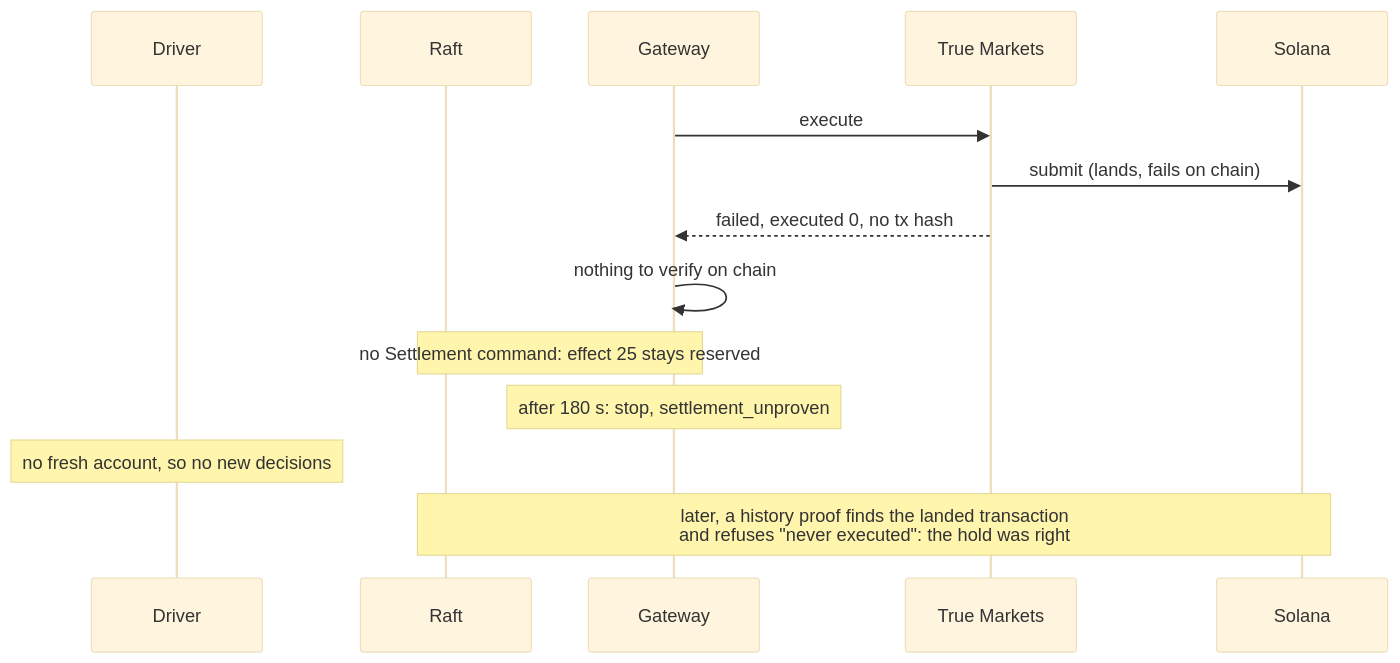
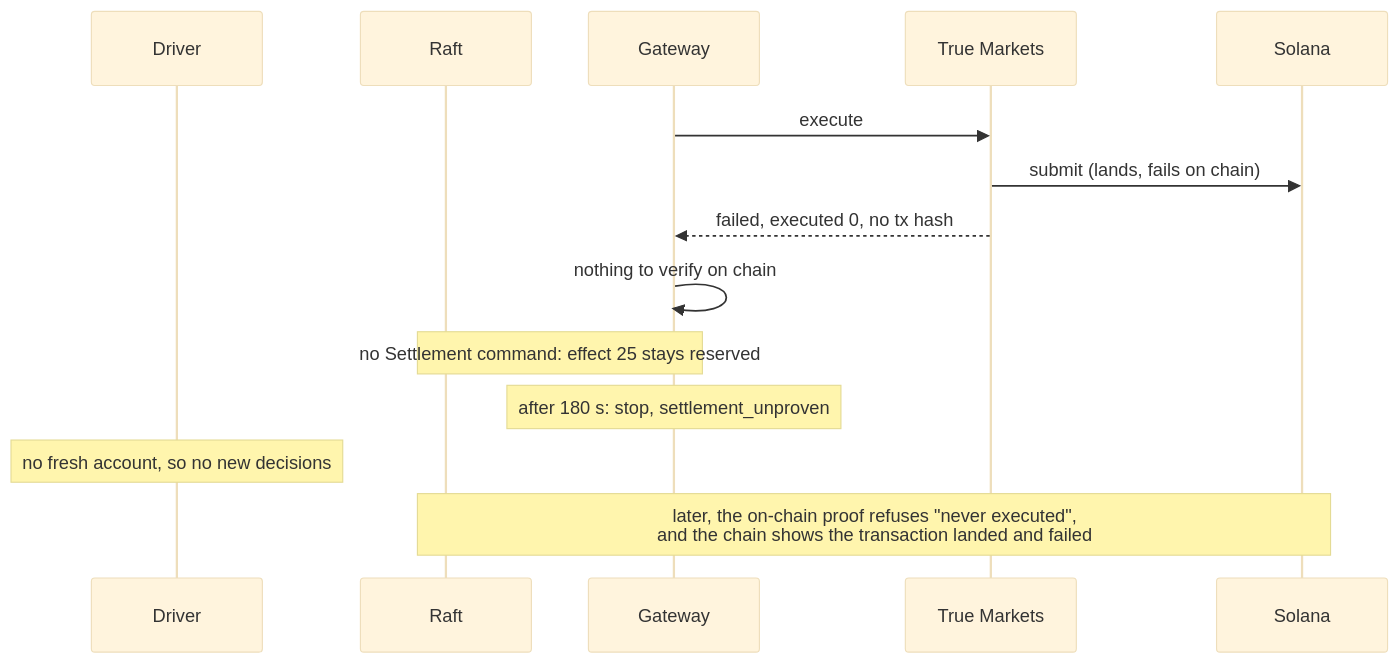
One commit to vishaljha2121/Velocita changed the fourth of 6 diagrams in README.md. Above: the diagram before and after it, drawn with Mermaid (base theme). The commit also changed other lines of this file and 2 other files, not shown here.

Commit message:
State only what the effect 25 proof is known to have shown
The gateway logged chain_unproven without naming which check failed. The
README, RESULTS and the gateway guide now say the proof refused and that the
wallet's on-chain history shows the transaction landed and failed, rather than
claiming the proof itself matched it.

````diff
--- a/README.md
+++ b/README.md
@@ -149,16 +149,16 @@
 ```mermaid
 sequenceDiagram
   participant D as Driver
   participant R as Raft
   participant G as Gateway
   participant T as True Markets
   participant C as Solana
   G->>T: execute
   T->>C: submit (lands, fails on chain)
   T-->>G: failed, executed 0, no tx hash
   G->>G: nothing to verify on chain
   Note over G,R: no Settlement command: effect 25 stays reserved
   Note over G: after 180 s: stop, settlement_unproven
   Note over D: no fresh account, so no new decisions
-  Note over R,C: later, a history proof finds the landed transaction<br/>and refuses "never executed": the hold was right
+  Note over R,C: later, the on-chain proof refuses "never executed",<br/>and the chain shows the transaction landed and failed
 ```
````
